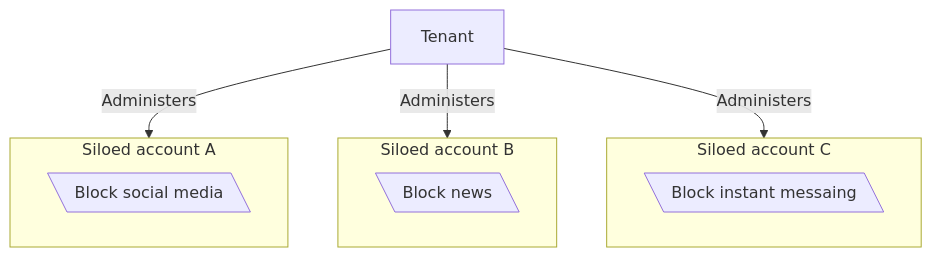
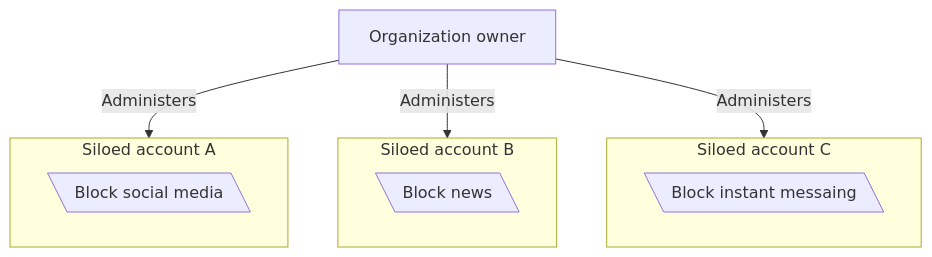
The second of 2 diagrams in src/content/docs/cloudflare-one/policies/gateway/tiered-policies/organizational-policies.mdx (sofyanori111-png/cloudflare-docs), drawn with Mermaid before and after one commit. The commit also changed other lines of this file and 1 other file, not shown here.

````diff
--- a/src/content/docs/cloudflare-one/policies/gateway/tiered-policies/organizational-policies.mdx
+++ b/src/content/docs/cloudflare-one/policies/gateway/tiered-policies/organizational-policies.mdx
@@ -73,22 +76,22 @@
 ```mermaid
 flowchart TD
 %% Accessibility
  accTitle: How Gateway policies work in a siloed account configuration
  accDescr: Flowchart describing the order of precedence Gateway applies policies in a siloed account configuration.
 
 %% Flowchart
  subgraph s1["Siloed account A"]
         n1["Block social media"]
   end
  subgraph s2["Siloed account C"]
         n2["Block instant messaing"]
   end
  subgraph s3["Siloed account B"]
         n3["Block news"]
   end
-    A["Tenant"] -- Administers --> s1 & s3 & s2
+    A["Organization owner"] -- Administers --> s1 & s3 & s2
 
     n1@{ shape: lean-l}
     n2@{ shape: lean-l}
     n3@{ shape: lean-l}
 ```
````
